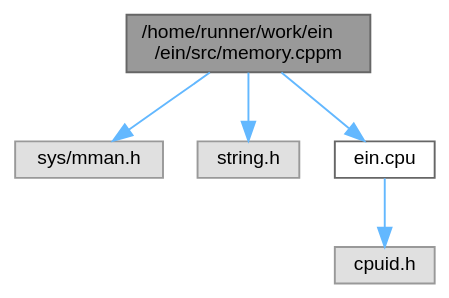
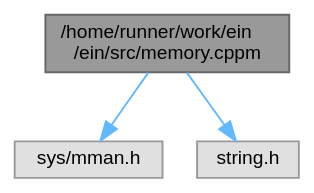
Before and after one commit to ekmett/ein: the diagram in d2/d50/memory_8cppm__incl.dot, drawn with Graphviz. The commit also changed 293 other files, not shown here.

```diff
--- a/d2/d50/memory_8cppm__incl.dot
+++ b/d2/d50/memory_8cppm__incl.dot
@@ -1,16 +1,12 @@
 digraph "/home/runner/work/ein/ein/src/memory.cppm"
 {
  // LATEX_PDF_SIZE
   bgcolor="transparent";
   edge [fontname=Helvetica,fontsize=10,labelfontname=Helvetica,labelfontsize=10];
   node [fontname=Helvetica,fontsize=10,shape=box,height=0.2,width=0.4];
-  Node1 [id="Node000001",label="/home/runner/work/ein\l/ein/src/memory.cppm",height=0.2,width=0.4,color="gray40", fillcolor="grey60", style="filled", fontcolor="black",tooltip="memory primitives"];
+  Node1 [id="Node000001",label="/home/runner/work/ein\l/ein/src/memory.cppm",height=0.2,width=0.4,color="gray40", fillcolor="grey60", style="filled", fontcolor="black",tooltip=" "];
   Node1 -> Node2 [id="edge1_Node000001_Node000002",color="steelblue1",style="solid",tooltip=" "];
   Node2 [id="Node000002",label="sys/mman.h",height=0.2,width=0.4,color="grey60", fillcolor="#E0E0E0", style="filled",tooltip=" "];
   Node1 -> Node3 [id="edge2_Node000001_Node000003",color="steelblue1",style="solid",tooltip=" "];
   Node3 [id="Node000003",label="string.h",height=0.2,width=0.4,color="grey60", fillcolor="#E0E0E0", style="filled",tooltip=" "];
-  Node1 -> Node4 [id="edge3_Node000001_Node000004",color="steelblue1",style="solid",tooltip=" "];
-  Node4 [id="Node000004",label="ein.cpu",height=0.2,width=0.4,color="grey40", fillcolor="white", style="filled",URL="$d7/d81/cpu_8cppm.html",tooltip=" "];
-  Node4 -> Node5 [id="edge4_Node000004_Node000005",color="steelblue1",style="solid",tooltip=" "];
-  Node5 [id="Node000005",label="cpuid.h",height=0.2,width=0.4,color="grey60", fillcolor="#E0E0E0", style="filled",tooltip=" "];
 }
```
